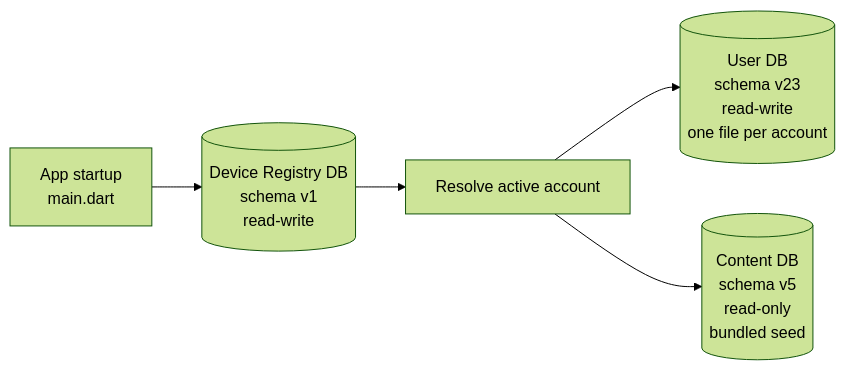
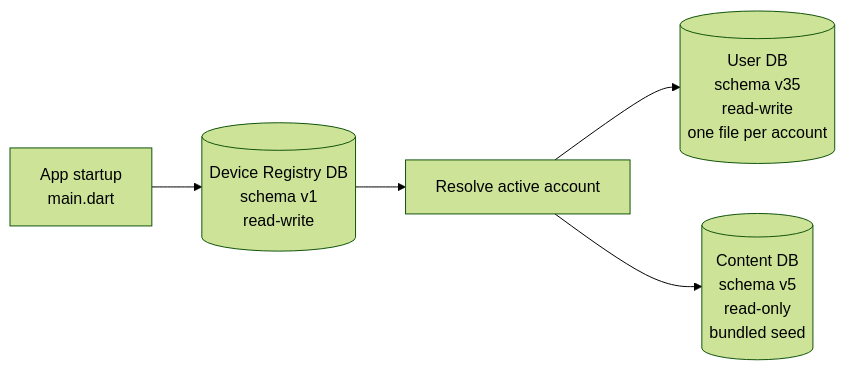
Before and after one commit to dniasoff/learning-tracker: the first of 3 diagrams in docs/explainers/data-model.md, drawn with Mermaid (forest theme). The commit also changed other lines of this file and 34 other files, not shown here.

````diff
--- a/docs/explainers/data-model.md
+++ b/docs/explainers/data-model.md
@@ -14,7 +14,7 @@
 ```mermaid
 flowchart LR
     App[App startup<br/>main.dart] --> Registry[(Device Registry DB<br/>schema v1<br/>read-write)]
     Registry --> Pick[Resolve active account]
-    Pick --> User[(User DB<br/>schema v23<br/>read-write<br/>one file per account)]
+    Pick --> User[(User DB<br/>schema v35<br/>read-write<br/>one file per account)]
     Pick --> Content[(Content DB<br/>schema v5<br/>read-only<br/>bundled seed)]
 ```
````
